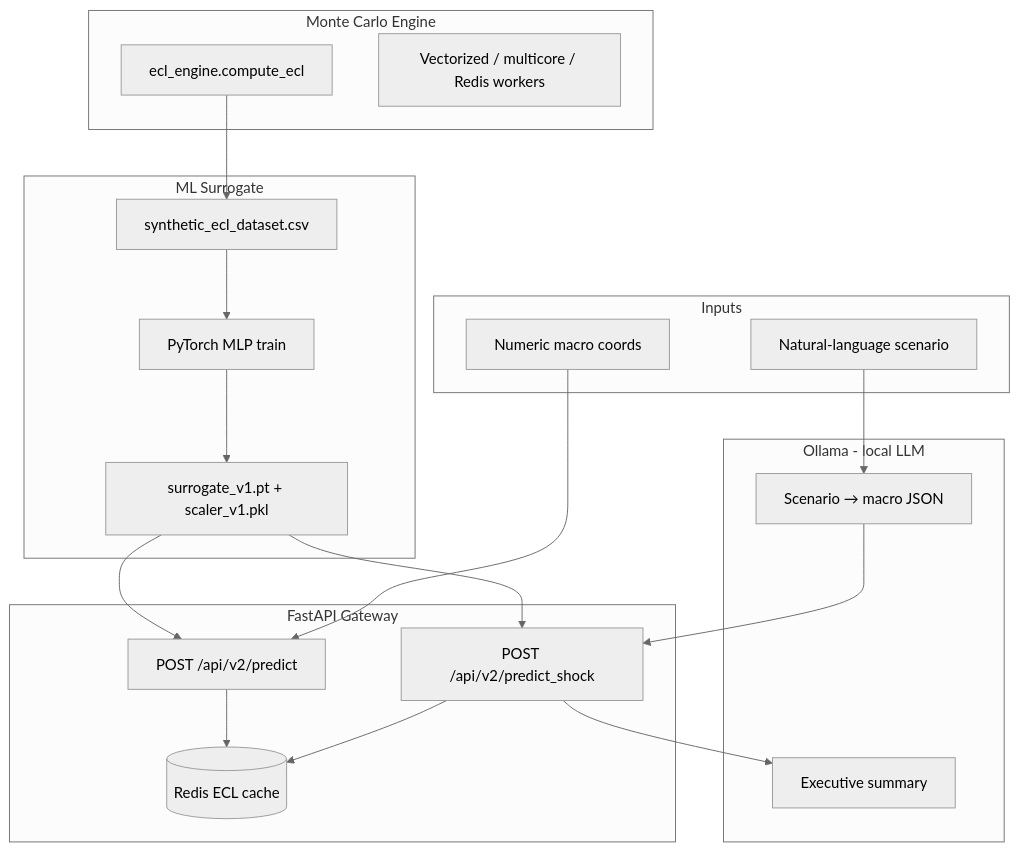
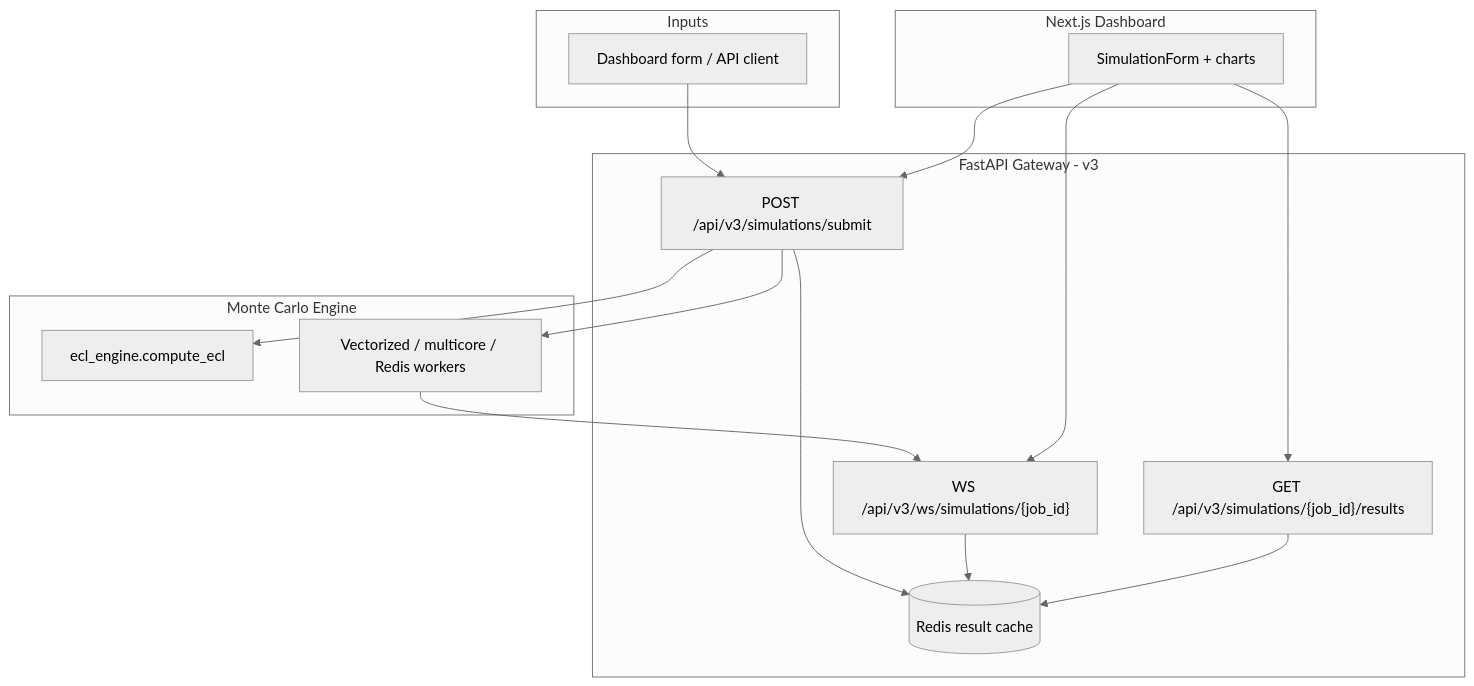
One commit to amandipd/Monte-Carlo-ECL-Simulator changed the diagram in README.md. Above: the diagram before and after it, drawn with Mermaid (neutral theme). The commit also changed other lines of this file and 55 other files, not shown here.

First line of the commit message:
refactor: remove ML surrogate and chat/Ollama layers, keep simulation-only stack

````diff
--- a/README.md
+++ b/README.md
@@ -36,41 +35,33 @@
 ```mermaid
 flowchart TB
     subgraph inputs [Inputs]
-        NUM[Numeric macro coords]
-        NL[Natural-language scenario]
+        FORM[Dashboard form / API client]
     end
 
     subgraph engine [Monte Carlo Engine]
         ECL[ecl_engine.compute_ecl]
         MC[Vectorized / multicore / Redis workers]
     end
 
-    subgraph ml [ML Surrogate]
-        CSV[synthetic_ecl_dataset.csv]
-        TRAIN[PyTorch MLP train]
-        MODEL[surrogate_v1.pt + scaler_v1.pkl]
+    subgraph api [FastAPI Gateway - v3]
+        SUBMIT["POST /api/v3/simulations/submit"]
+        RESULTS["GET /api/v3/simulations/{job_id}/results"]
+        WS["WS /api/v3/ws/simulations/{job_id}"]
+        CACHE[(Redis result cache)]
     end
 
-    subgraph api [FastAPI Gateway]
-        PREDICT["POST /api/v2/predict"]
-        SHOCK["POST /api/v2/predict_shock"]
-        CACHE[(Redis ECL cache)]
+    subgraph fe [Next.js Dashboard]
+        UI[SimulationForm + charts]
     end
 
-    subgraph llm [Ollama - local LLM]
-        TRANS[Scenario → macro JSON]
-        REPORT[Executive summary]
-    end
-
-    ECL --> CSV
-    CSV --> TRAIN --> MODEL
-    MODEL --> PREDICT
-    MODEL --> SHOCK
-
-    NUM --> PREDICT
-    NL --> TRANS --> SHOCK
-    SHOCK --> REPORT
-
-    PREDICT --> CACHE
-    SHOCK --> CACHE
+    FORM --> SUBMIT
+    SUBMIT --> ECL
+    SUBMIT --> MC
+    SUBMIT --> CACHE
+    MC --> WS
+    WS --> CACHE
+    RESULTS --> CACHE
+    UI --> SUBMIT
+    UI --> RESULTS
+    UI --> WS
 ```
````
